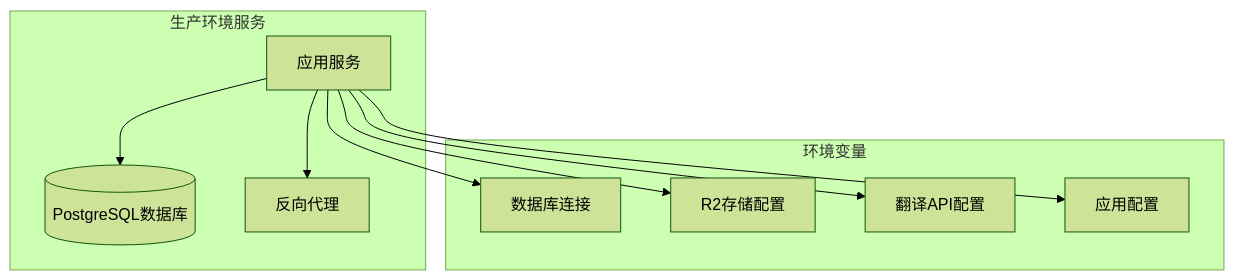
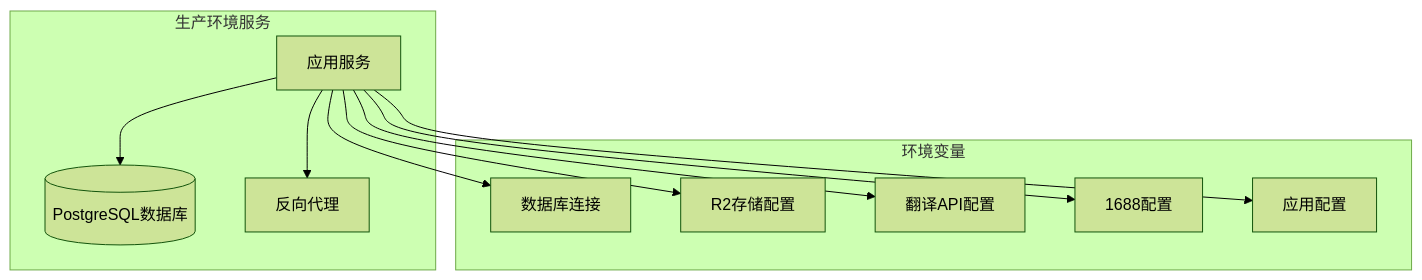
One commit to three3638-arch/celestia_2b changed diagram 15 of 17 in .qoder/repowiki/zh/content/Excel Import System.md. Above: the diagram before and after it, drawn with Mermaid (forest theme). The commit also changed other lines of this file and 8 other files, not shown here.

````diff
--- a/.qoder/repowiki/zh/content/Excel Import System.md
+++ b/.qoder/repowiki/zh/content/Excel Import System.md
@@ -636,20 +887,22 @@
 ```mermaid
 graph TB
 subgraph "生产环境服务"
 App[应用服务]
 DB[(PostgreSQL数据库)]
 Nginx[反向代理]
 end
 subgraph "环境变量"
 Env1[数据库连接]
 Env2[R2存储配置]
 Env3[翻译API配置]
-Env4[应用配置]
+Env4[1688配置]
+Env5[应用配置]
 end
 App --> Env1
 App --> Env2
 App --> Env3
 App --> Env4
+App --> Env5
 App --> DB
 App --> Nginx
 ```
````
